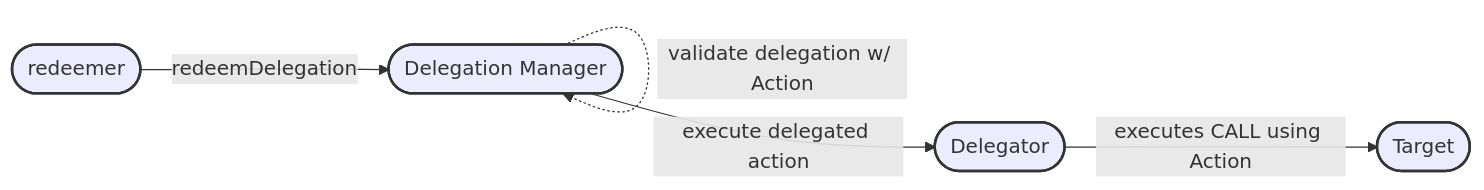
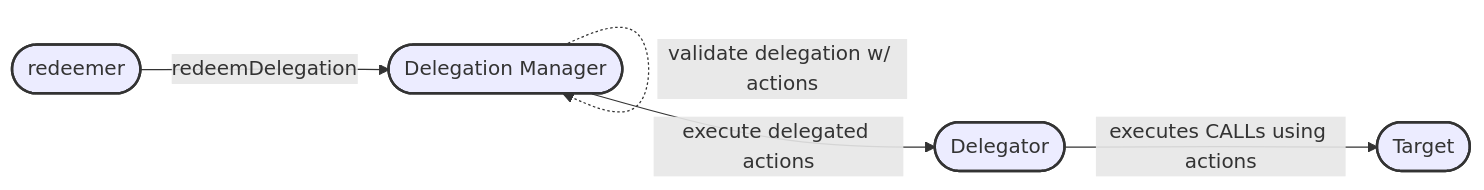
Before and after one commit to ethereum/ERCs: the diagram in ERCS/erc-7710.md, drawn with Mermaid. The commit also changed other lines of this file, not shown here.

````diff
--- a/ERCS/erc-7710.md
+++ b/ERCS/erc-7710.md
@@ -70,11 +70,11 @@
 ```mermaid
 flowchart LR
     redeemer(["redeemer"]) --"redeemDelegation"--> Delegation_Manager(["Delegation Manager"])
-    Delegation_Manager -.->|validate delegation w/ Action| Delegation_Manager
-    Delegation_Manager --"execute delegated action"--> Delegator(["Delegator"])
-    Delegator --"executes CALL using Action"--> Target(["Target"])
+    Delegation_Manager -.->|validate delegation w/ actions| Delegation_Manager
+    Delegation_Manager --"execute delegated actions"--> Delegator(["Delegator"])
+    Delegator --"executes CALLs using actions"--> Target(["Target"])
 
     classDef action stroke:#333,stroke-width:2px,stroke-dasharray: 5, 5;
     classDef entity fill:#af,stroke:#333,stroke-width:2px;
     class redeemer,Delegator,Delegation_Manager,Target entity;
 ```
````
